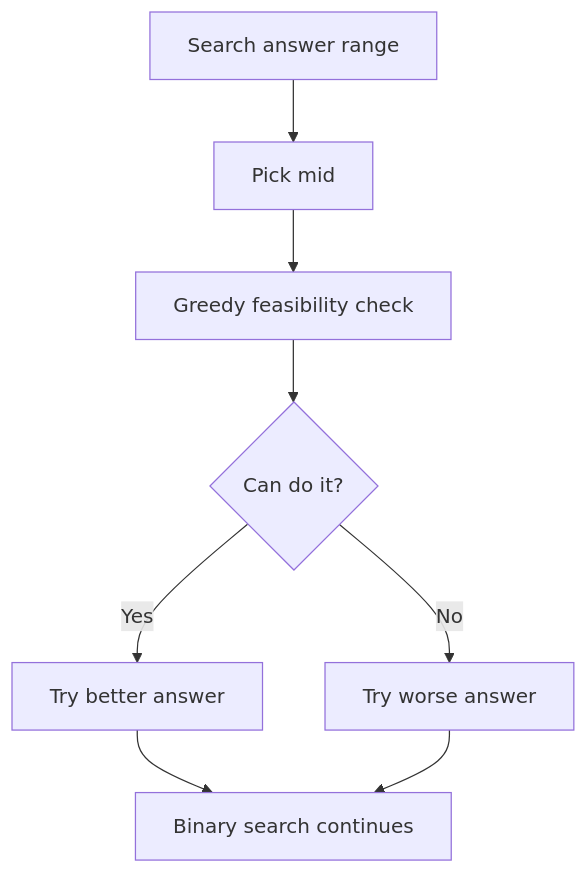
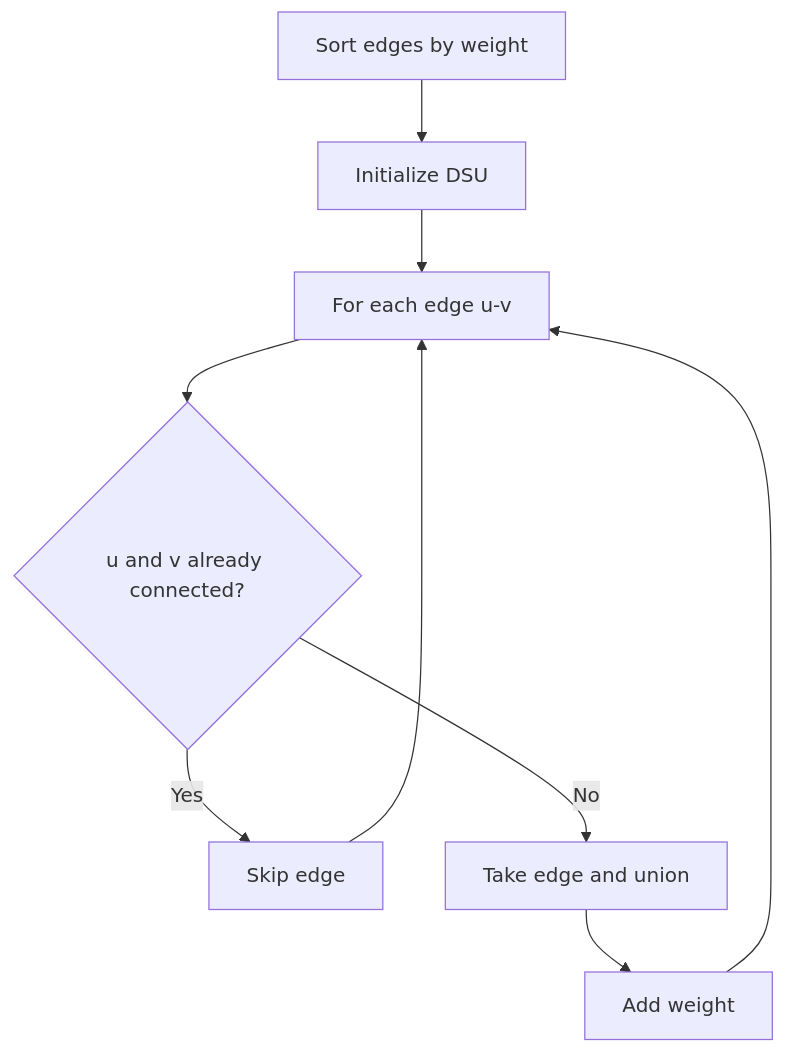
Before and after one commit to mthaiseer/springcloud-systemdesign-notes: diagram 13 of 23 in CP_DSA_NOTES/TOPIC_WISE/greedy_patterns_visual_reference.md, drawn with Mermaid. The commit also changed other lines of this file, not shown here.

````diff
--- a/CP_DSA_NOTES/TOPIC_WISE/greedy_patterns_visual_reference.md
+++ b/CP_DSA_NOTES/TOPIC_WISE/greedy_patterns_visual_reference.md
@@ -601,10 +626,11 @@
 ```mermaid
 flowchart TD
-    A[Search answer range] --> B[Pick mid]
-    B --> C[Greedy feasibility check]
-    C --> D{Can do it?}
-    D -- Yes --> E[Try better answer]
-    D -- No --> F[Try worse answer]
-    E --> G[Binary search continues]
-    F --> G
+    A[Sort edges by weight] --> B[Initialize DSU]
+    B --> C[For each edge u-v]
+    C --> D{u and v already connected?}
+    D -->|Yes| E[Skip edge]
+    D -->|No| F[Take edge and union]
+    F --> G[Add weight]
+    E --> C
+    G --> C
 ```
````
